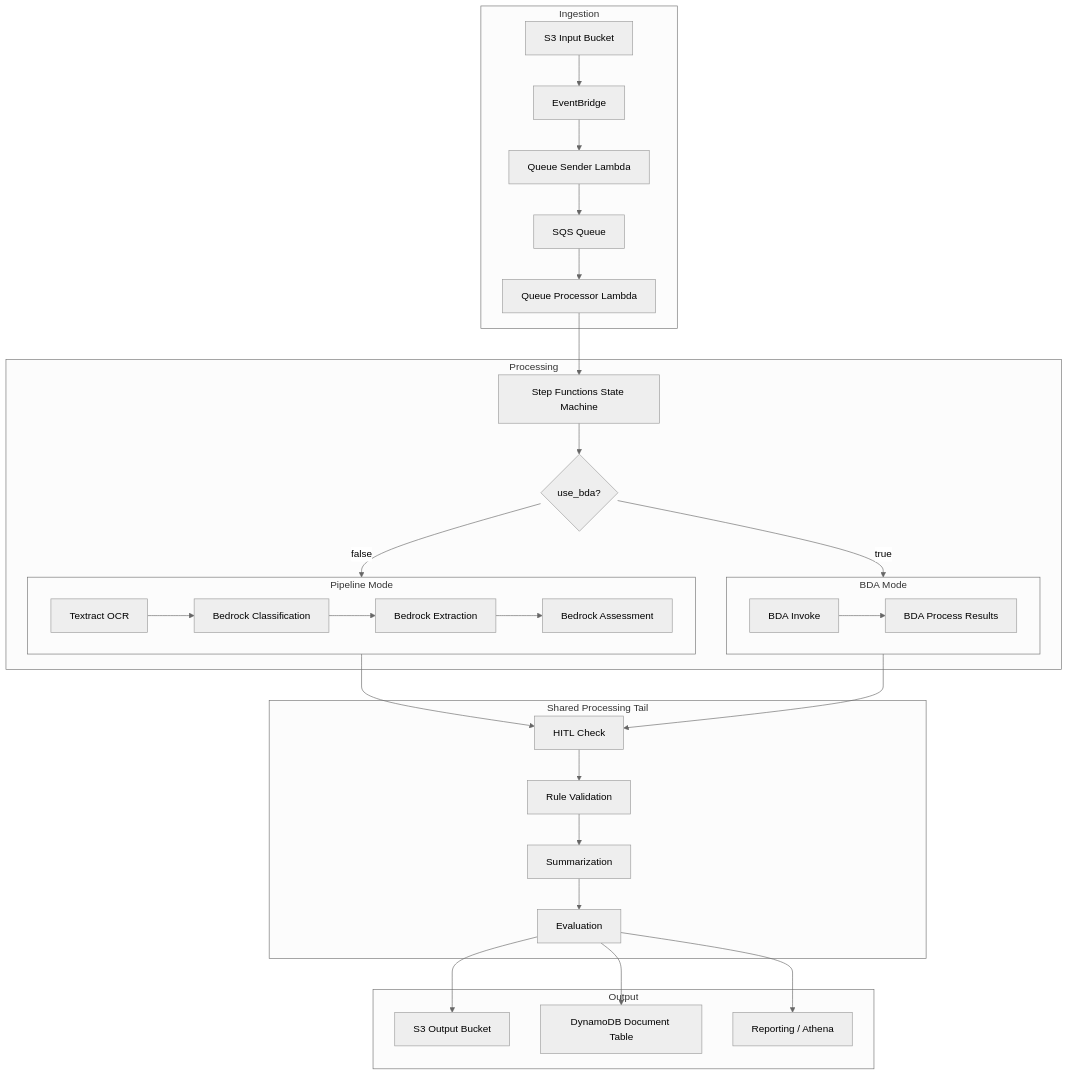
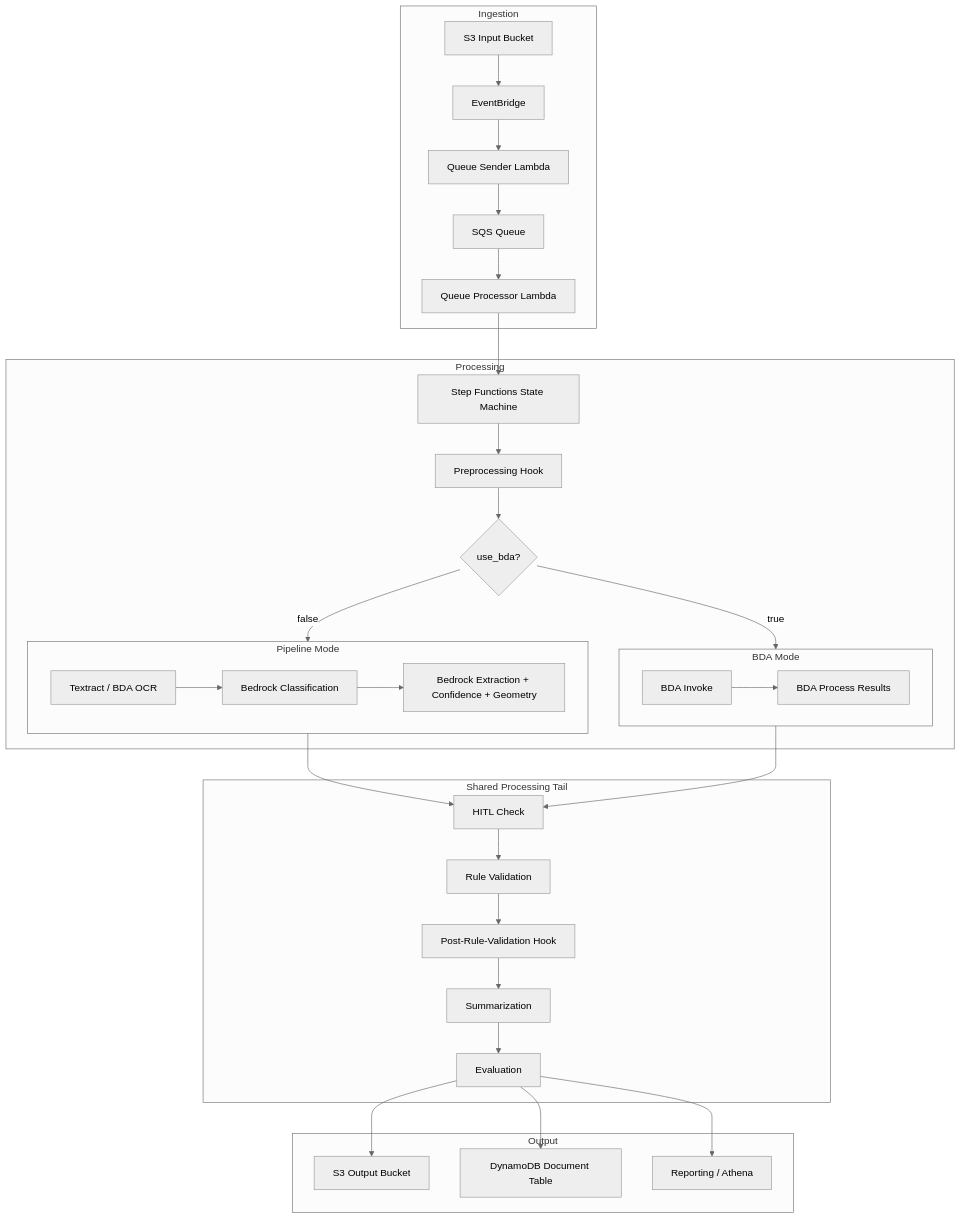
The first of 2 diagrams in security/threat-modeling/architecture/system-overview.md (aws-samples/sample-genai-idp), drawn with Mermaid (neutral theme) before and after one commit. The commit also changed other lines of this file and 26 other files, not shown here.

````diff
--- a/security/threat-modeling/architecture/system-overview.md
+++ b/security/threat-modeling/architecture/system-overview.md
@@ -25,41 +34,42 @@
 ```mermaid
 flowchart TD
     subgraph Ingestion
         S3Input[S3 Input Bucket] --> EB[EventBridge]
         EB --> QS[Queue Sender Lambda]
         QS --> SQS[SQS Queue]
         SQS --> QP[Queue Processor Lambda]
     end
 
     subgraph Processing
         QP --> SF[Step Functions State Machine]
-        SF --> Decision{use_bda?}
-        
+        SF --> Pre[Preprocessing Hook]
+        Pre --> Decision{use_bda?}
+
         Decision -->|false| Pipeline[Pipeline Mode]
         Decision -->|true| BDA[BDA Mode]
-        
+
         subgraph Pipeline[Pipeline Mode]
-            OCR[Textract OCR] --> Classification[Bedrock Classification]
-            Classification --> Extraction[Bedrock Extraction]
-            Extraction --> Assessment[Bedrock Assessment]
+            OCR[Textract / BDA OCR] --> Classification[Bedrock Classification]
+            Classification --> Extraction[Bedrock Extraction + Confidence + Geometry]
         end
-        
+
         subgraph BDA[BDA Mode]
             BDAInvoke[BDA Invoke] --> BDAProcess[BDA Process Results]
         end
     end
 
     subgraph SharedTail[Shared Processing Tail]
         Pipeline --> HITL[HITL Check]
         BDA --> HITL
         HITL --> RuleVal[Rule Validation]
-        RuleVal --> Summary[Summarization]
+        RuleVal --> PostHook[Post-Rule-Validation Hook]
+        PostHook --> Summary[Summarization]
         Summary --> Eval[Evaluation]
     end
 
     subgraph Output
         Eval --> S3Output[S3 Output Bucket]
         Eval --> DDB[DynamoDB Document Table]
         Eval --> Reporting[Reporting / Athena]
     end
 ```
````
